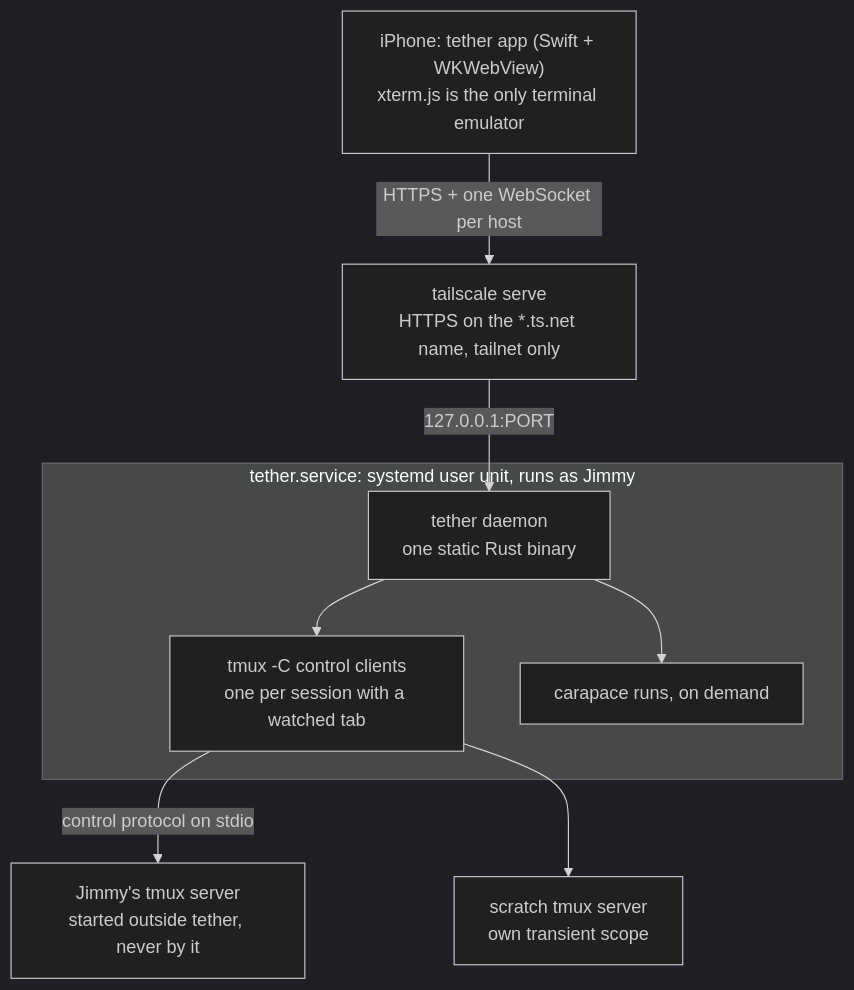
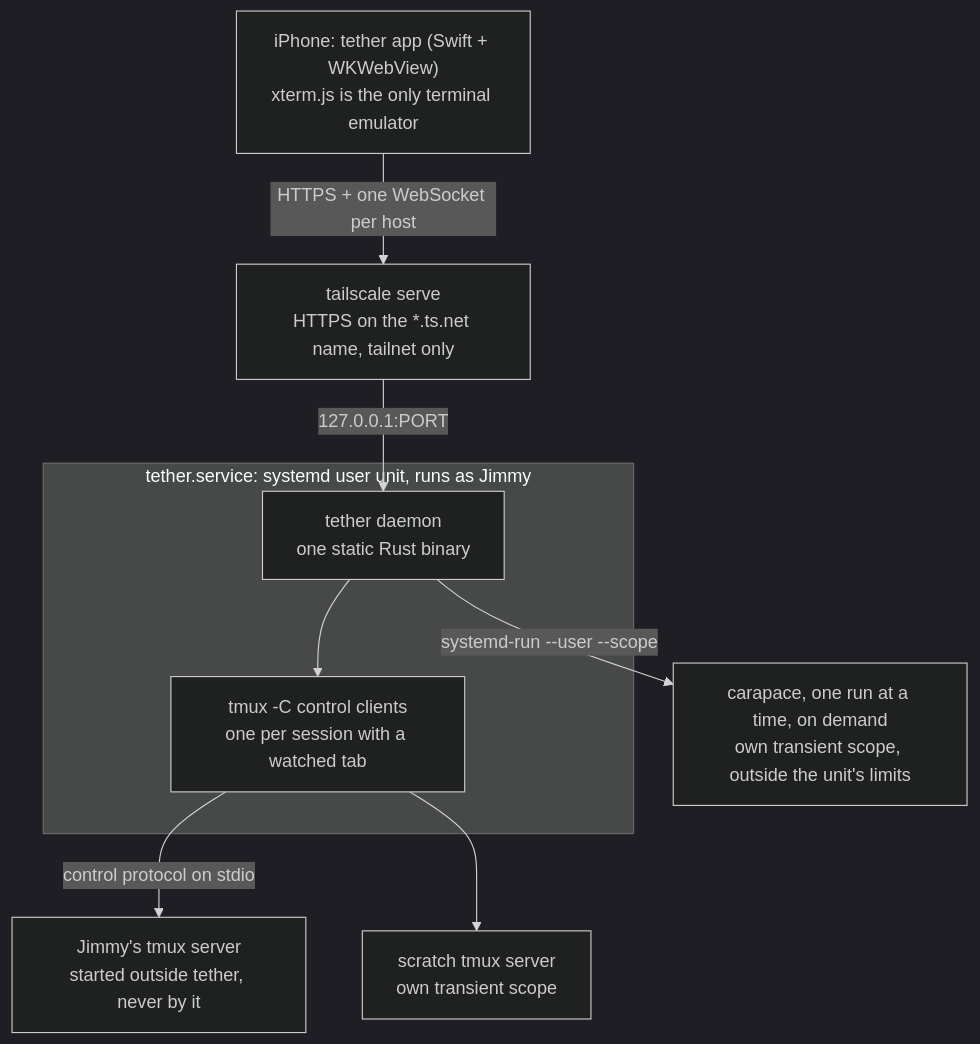
One commit to haowjy/tether changed the diagram in docs/design/plan.md. Above: the diagram before and after it, drawn with Mermaid (dark theme). The commit also changed other lines of this file and 5 other files, not shown here.

````diff
--- a/docs/design/plan.md
+++ b/docs/design/plan.md
@@ -81,18 +82,18 @@
 ```mermaid
 flowchart TB
   phone["iPhone: tether app (Swift + WKWebView)<br/>xterm.js is the only terminal emulator"]
   serve["tailscale serve<br/>HTTPS on the *.ts.net name, tailnet only"]
   subgraph unit["tether.service: systemd user unit, runs as Jimmy"]
     daemon["tether daemon<br/>one static Rust binary"]
     cc["tmux -C control clients<br/>one per session with a watched tab"]
-    carapace["carapace runs, on demand"]
   end
+  carapace["carapace, one run at a time, on demand<br/>own transient scope, outside the unit's limits"]
   tmux["Jimmy's tmux server<br/>started outside tether, never by it"]
   scratch["scratch tmux server<br/>own transient scope"]
   phone -- "HTTPS + one WebSocket per host" --> serve
   serve -- "127.0.0.1:PORT" --> daemon
   daemon --> cc
   cc -- "control protocol on stdio" --> tmux
   cc --> scratch
-  daemon --> carapace
+  daemon -- "systemd-run --user --scope" --> carapace
 ```
````
